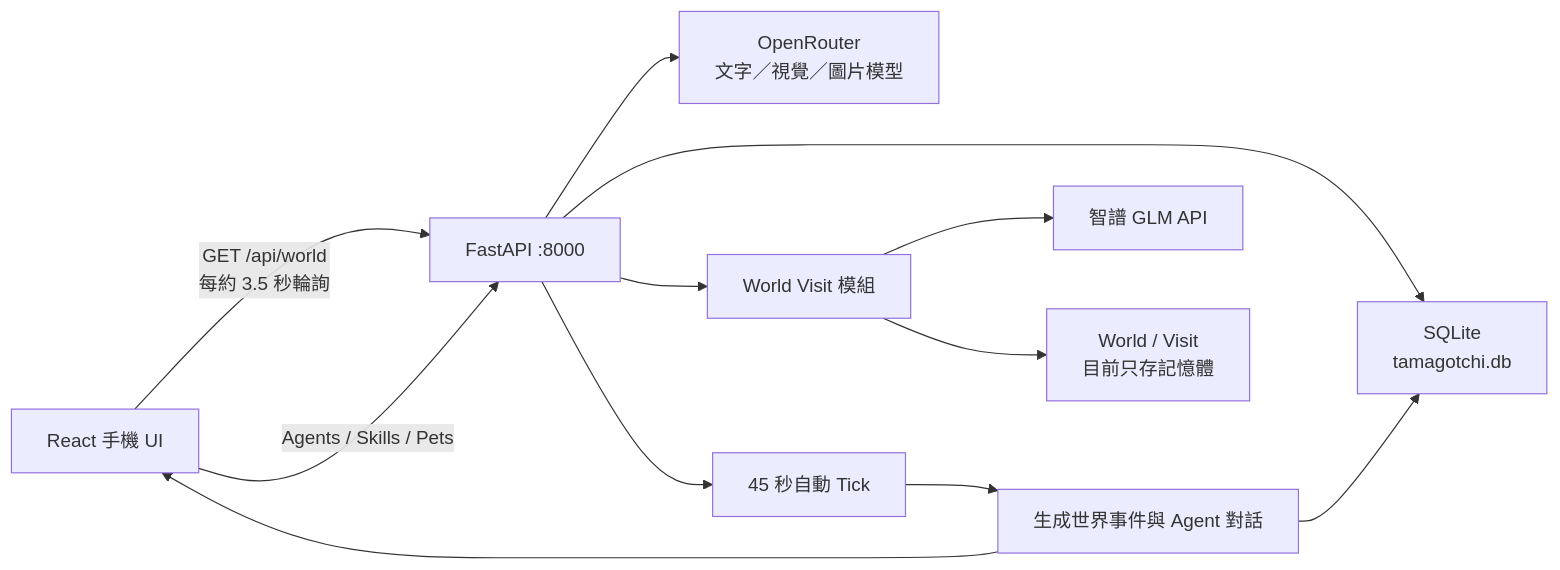
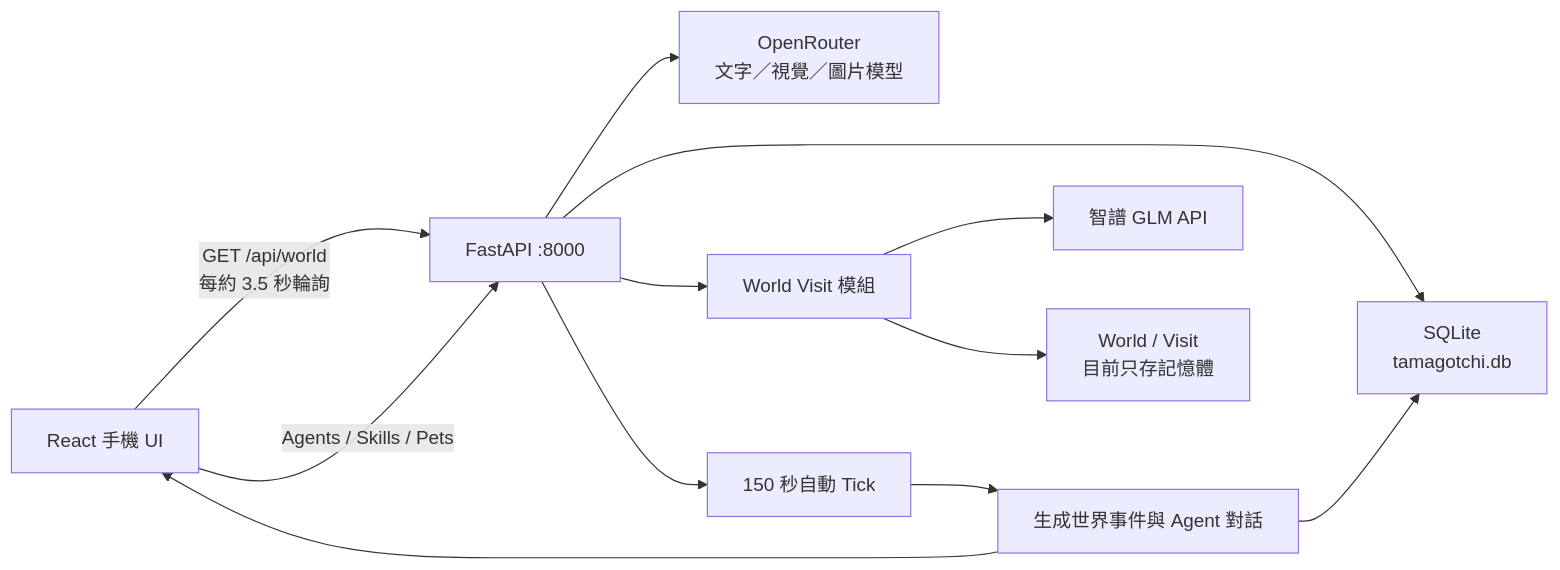
The diagram in docs/repo-backend-technical-analysis.md (Maki3991/study-MyTamagotchi), drawn with Mermaid before and after one commit. The commit also changed other lines of this file and 42 other files, not shown here.

````diff
--- a/docs/repo-backend-technical-analysis.md
+++ b/docs/repo-backend-technical-analysis.md
@@ -21,17 +21,17 @@
 ```mermaid
 flowchart LR
     UI["React 手機 UI"] -->|"GET /api/world<br/>每約 3.5 秒輪詢"| API["FastAPI :8000"]
     UI -->|"Agents / Skills / Pets"| API
 
     API --> DB["SQLite<br/>tamagotchi.db"]
     API --> OR["OpenRouter<br/>文字／視覺／圖片模型"]
 
-    API --> Tick["45 秒自動 Tick"]
+    API --> Tick["150 秒自動 Tick"]
     Tick --> Event["生成世界事件與 Agent 對話"]
     Event --> DB
     Event --> UI
 
     API --> WE["World Visit 模組"]
     WE --> GLM["智譜 GLM API"]
     WE --> RAM["World / Visit<br/>目前只存記憶體"]
 ```
````
